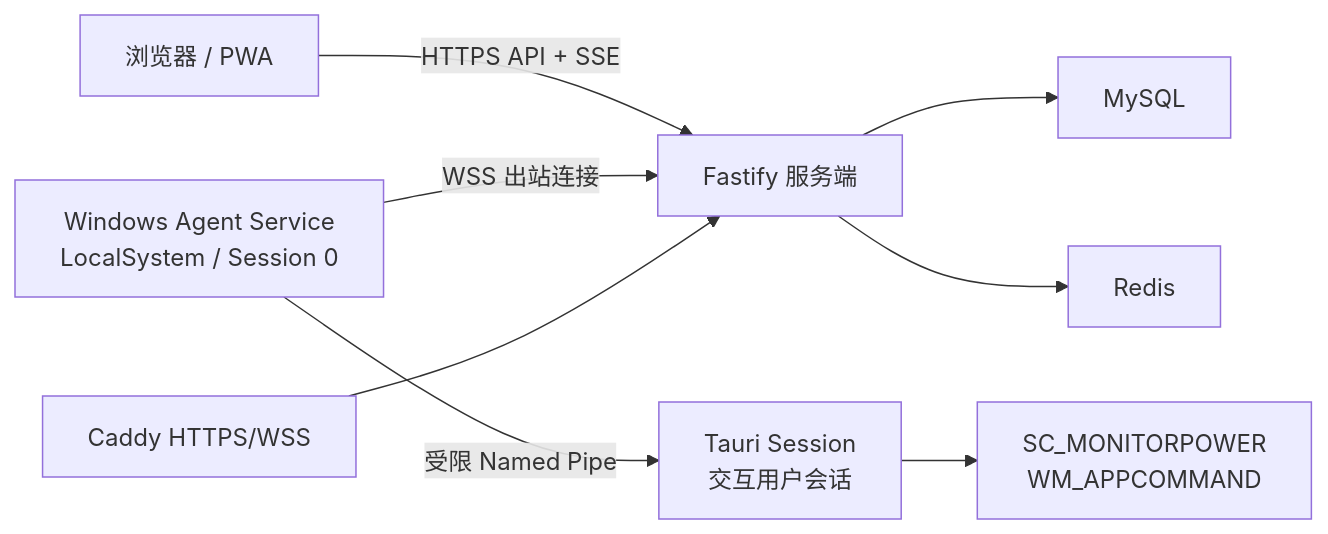
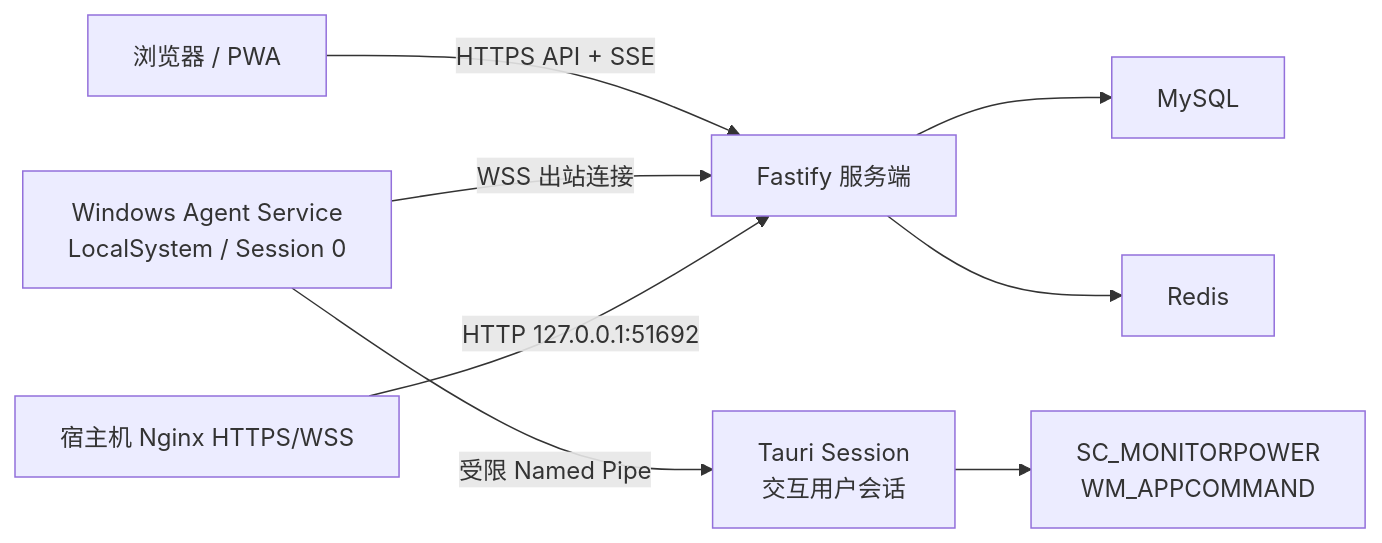
Before and after one commit to Runc2333/remote-control-hub: the diagram in README.md, drawn with Mermaid. The commit also changed other lines of this file and 16 other files, not shown here.

````diff
--- a/README.md
+++ b/README.md
@@ -79,10 +79,10 @@
 ```mermaid
 flowchart LR
     Browser["浏览器 / PWA"] -->|"HTTPS API + SSE"| Server["Fastify 服务端"]
     Server --> MySQL["MySQL"]
     Server --> Redis["Redis"]
     AgentService["Windows Agent Service<br/>LocalSystem / Session 0"] -->|"WSS 出站连接"| Server
     AgentService -->|"受限 Named Pipe"| AgentSession["Tauri Session<br/>交互用户会话"]
     AgentSession --> Win32["SC_MONITORPOWER<br/>WM_APPCOMMAND"]
-    Caddy["Caddy HTTPS/WSS"] --> Server
+    Nginx["宿主机 Nginx HTTPS/WSS"] -->|"HTTP 127.0.0.1:51692"| Server
 ```
````
